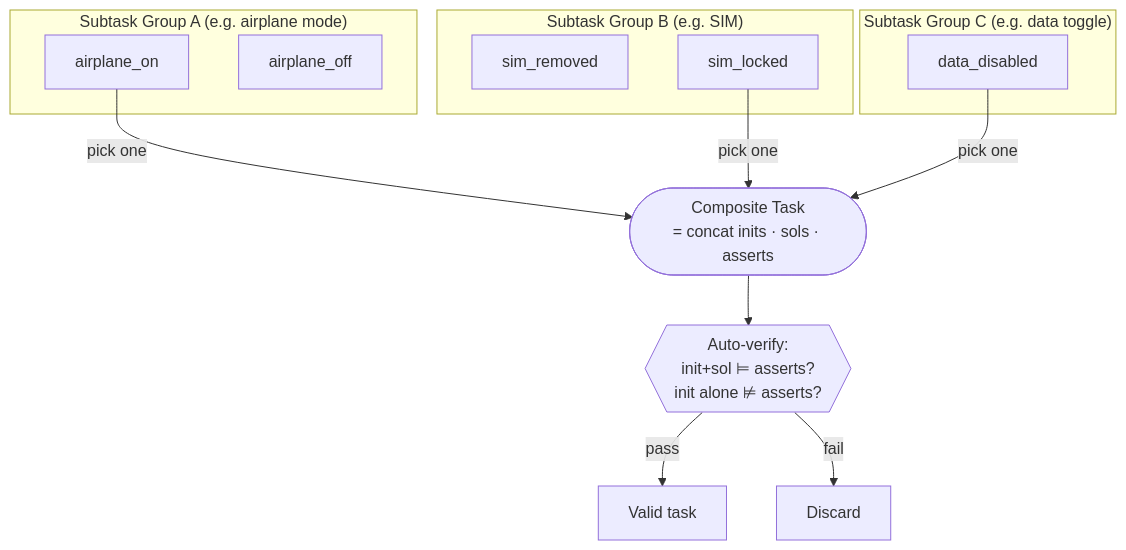
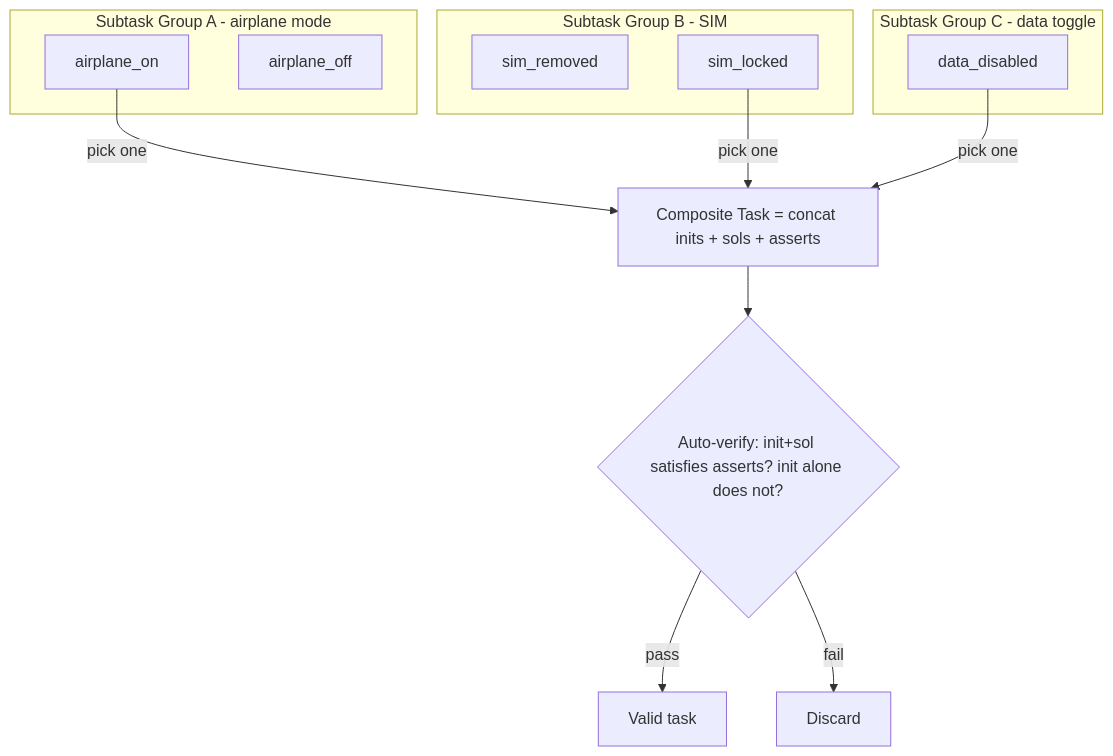
One commit to zhongzhouTan-coder/zhongzhouTan-coder.github.io changed the fourth of 5 diagrams in docs/layer_0/tau2-bench-mechanism.md. Above: the diagram before and after it, drawn with Mermaid. The commit also changed other lines of this file and 8 other files, not shown here.

````diff
--- a/docs/layer_0/tau2-bench-mechanism.md
+++ b/docs/layer_0/tau2-bench-mechanism.md
@@ -129,22 +129,22 @@
 ```mermaid
 flowchart TD
-    subgraph Group A ["Subtask Group A (e.g. airplane mode)"]
+    subgraph GroupA["Subtask Group A - airplane mode"]
         A1[airplane_on]
         A2[airplane_off]
     end
-    subgraph Group B ["Subtask Group B (e.g. SIM)"]
+    subgraph GroupB["Subtask Group B - SIM"]
         B1[sim_removed]
         B2[sim_locked]
     end
-    subgraph Group C ["Subtask Group C (e.g. data toggle)"]
+    subgraph GroupC["Subtask Group C - data toggle"]
         C1[data_disabled]
     end
 
     A1 -->|pick one| CT
     B2 -->|pick one| CT
     C1 -->|pick one| CT
-    CT(["Composite Task\n= concat inits · sols · asserts"])
-    CT --> V{{"Auto-verify:\ninit+sol ⊨ asserts?\ninit alone ⊭ asserts?"}}
+    CT["Composite Task = concat inits + sols + asserts"]
+    CT --> V{"Auto-verify: init+sol satisfies asserts? init alone does not?"}
     V -->|pass| OK[Valid task]
     V -->|fail| DRP[Discard]
 ```
````
